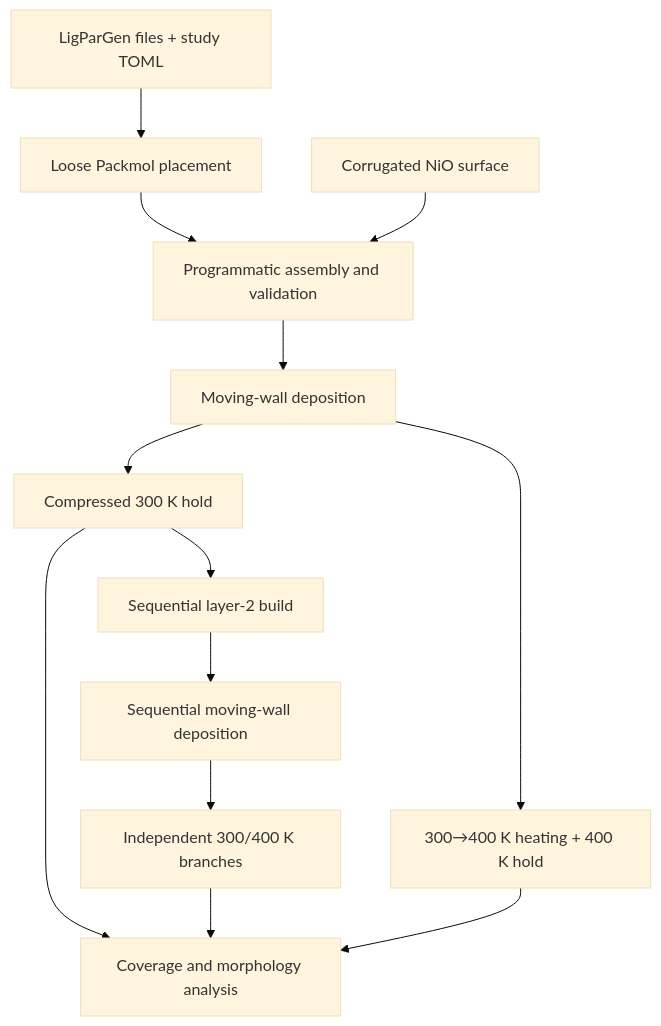
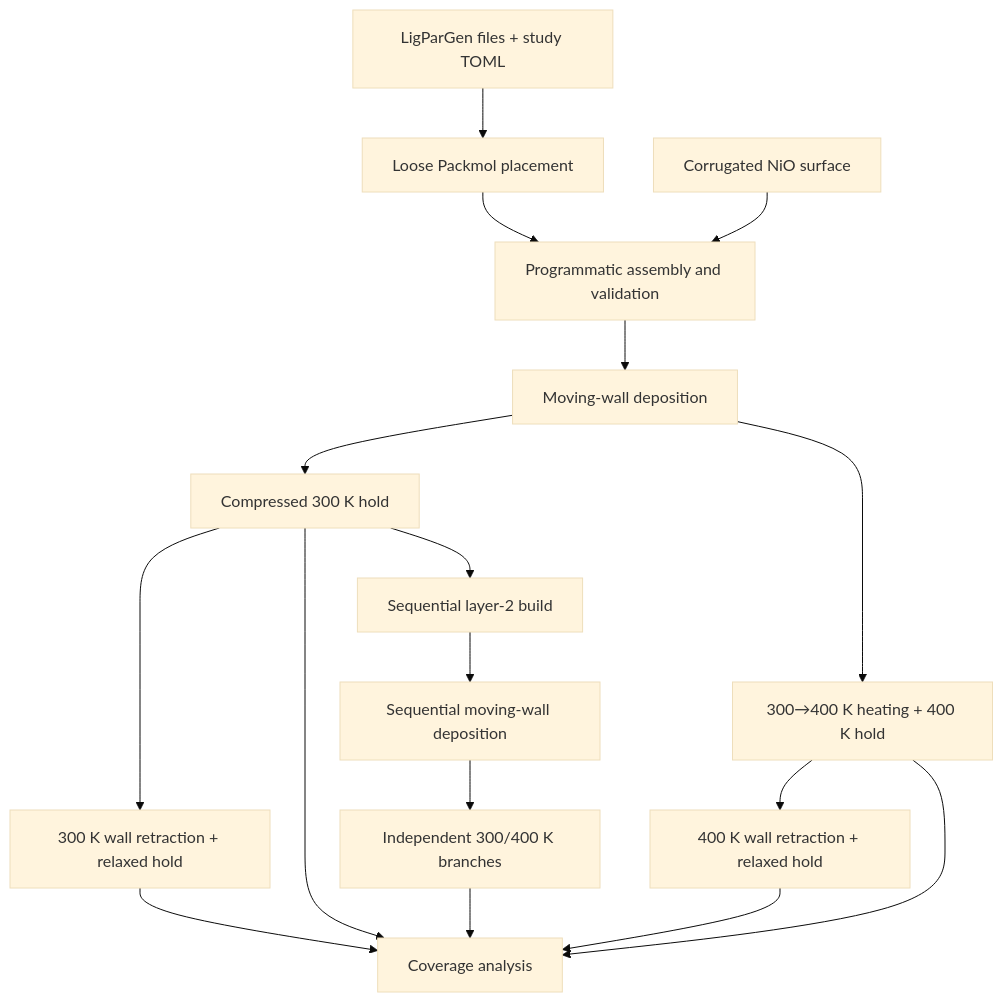
The diagram in README.md (lgutsev/NiO_MD_Passivation), drawn with Mermaid (base theme) before and after one commit. The commit also changed other lines of this file and 10 other files, not shown here.

Commit message:
Add relaxed-wall decompression workflows

````diff
--- a/README.md
+++ b/README.md
@@ -51,15 +51,19 @@
 ```mermaid
 flowchart TD
     A["LigParGen files + study TOML"] --> B["Loose Packmol placement"]
     S["Corrugated NiO surface"] --> C["Programmatic assembly and validation"]
     B --> C
     C --> D["Moving-wall deposition"]
     D --> E["Compressed 300 K hold"]
     D --> F["300→400 K heating + 400 K hold"]
-    E --> G["Coverage and morphology analysis"]
+    E --> K["300 K wall retraction + relaxed hold"]
+    F --> L["400 K wall retraction + relaxed hold"]
+    E --> G["Coverage analysis"]
     F --> G
+    K --> G
+    L --> G
     E --> H["Sequential layer-2 build"]
     H --> I["Sequential moving-wall deposition"]
     I --> J["Independent 300/400 K branches"]
     J --> G
 ```
````
